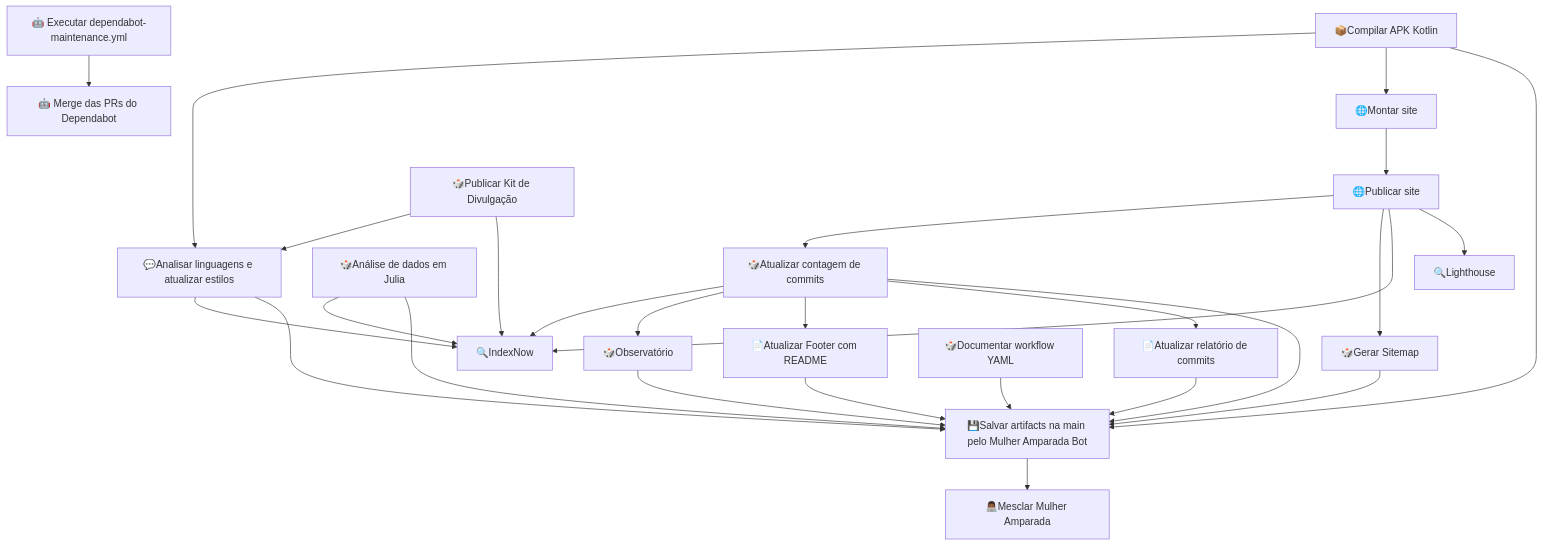
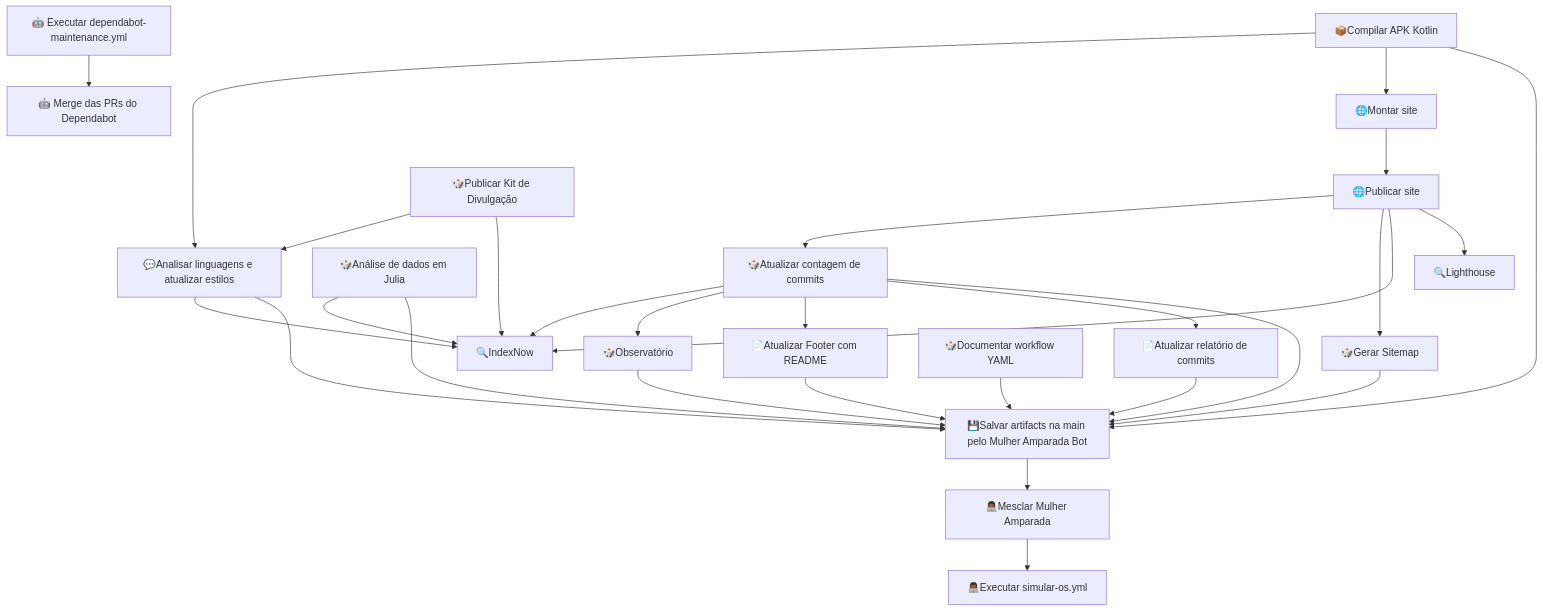
The diagram in pesquisas/workflow.md (mulher-amparada/mulher-amparada-app), drawn with Mermaid before and after one commit. The commit also changed other lines of this file and 7 other files, not shown here.

````diff
--- a/pesquisas/workflow.md
+++ b/pesquisas/workflow.md
@@ -35,47 +36,49 @@
 ```mermaid
 flowchart TD
     job_build["📦Compilar APK Kotlin"]
     job_executar_dependabot_maintenance["🤖 Executar dependabot-maintenance.yml"]
     job_dependabot_merge["🤖 Merge das PRs do Dependabot"]
     job_linguagens["💬Analisar linguagens e atualizar estilos"]
     job_bot["🎲Análise de dados em Julia"]
     job_build_site["🌐Montar site"]
     job_deploy["🌐Publicar site"]
     job_atualizar_commits["🎲Atualizar contagem de commits"]
     job_sitemap["🎲Gerar Sitemap"]
     job_indexnow["🔍IndexNow"]
     job_lighthouse["🔍Lighthouse"]
     job_publicar_divulgacao["🎲Publicar Kit de Divulgação"]
     job_observatorio["🎲Observatório"]
     job_atualizar_footer["📄Atualizar Footer com README"]
     job_atualizar_relatorio_commits["📄Atualizar relatório de commits"]
     job_pesquisar_projeto["🎲Documentar workflow YAML"]
     job_salvar_na_main["💾Salvar artifacts na main pelo Mulher Amparada Bot"]
     job_mesclar_mulher_amparada["👨🏾‍💻Mesclar Mulher Amparada"]
+    job_simular_os["👨🏾‍💻Executar simular-os.yml"]
     job_executar_dependabot_maintenance --> job_dependabot_merge
     job_build --> job_linguagens
     job_publicar_divulgacao --> job_linguagens
     job_build --> job_build_site
     job_build_site --> job_deploy
     job_deploy --> job_atualizar_commits
     job_deploy --> job_sitemap
     job_deploy --> job_indexnow
     job_bot --> job_indexnow
     job_linguagens --> job_indexnow
     job_publicar_divulgacao --> job_indexnow
     job_atualizar_commits --> job_indexnow
     job_deploy --> job_lighthouse
     job_atualizar_commits --> job_observatorio
     job_atualizar_commits --> job_atualizar_footer
     job_atualizar_commits --> job_atualizar_relatorio_commits
     job_build --> job_salvar_na_main
     job_linguagens --> job_salvar_na_main
     job_bot --> job_salvar_na_main
     job_atualizar_commits --> job_salvar_na_main
     job_sitemap --> job_salvar_na_main
     job_atualizar_footer --> job_salvar_na_main
     job_atualizar_relatorio_commits --> job_salvar_na_main
     job_pesquisar_projeto --> job_salvar_na_main
     job_observatorio --> job_salvar_na_main
     job_salvar_na_main --> job_mesclar_mulher_amparada
+    job_mesclar_mulher_amparada --> job_simular_os
 ```
````
